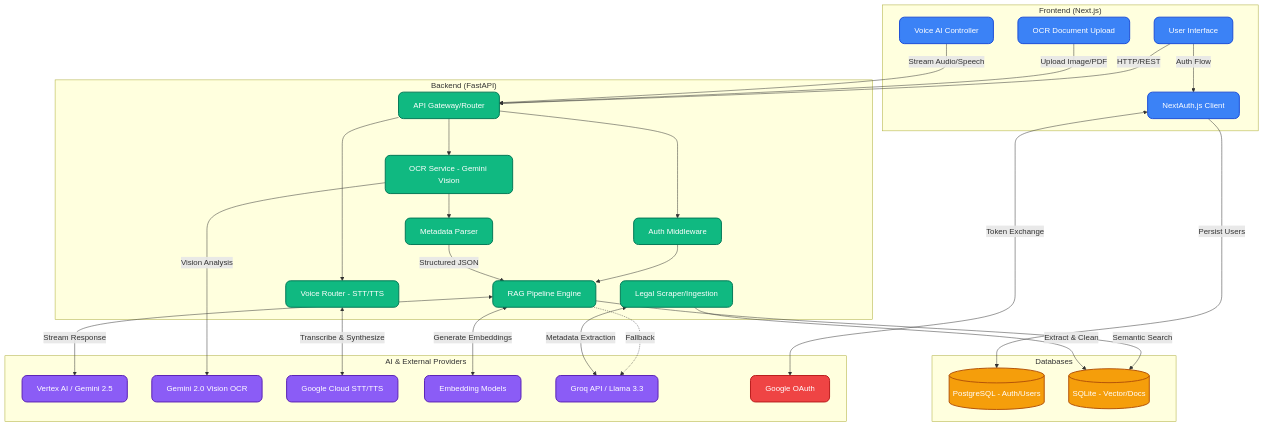
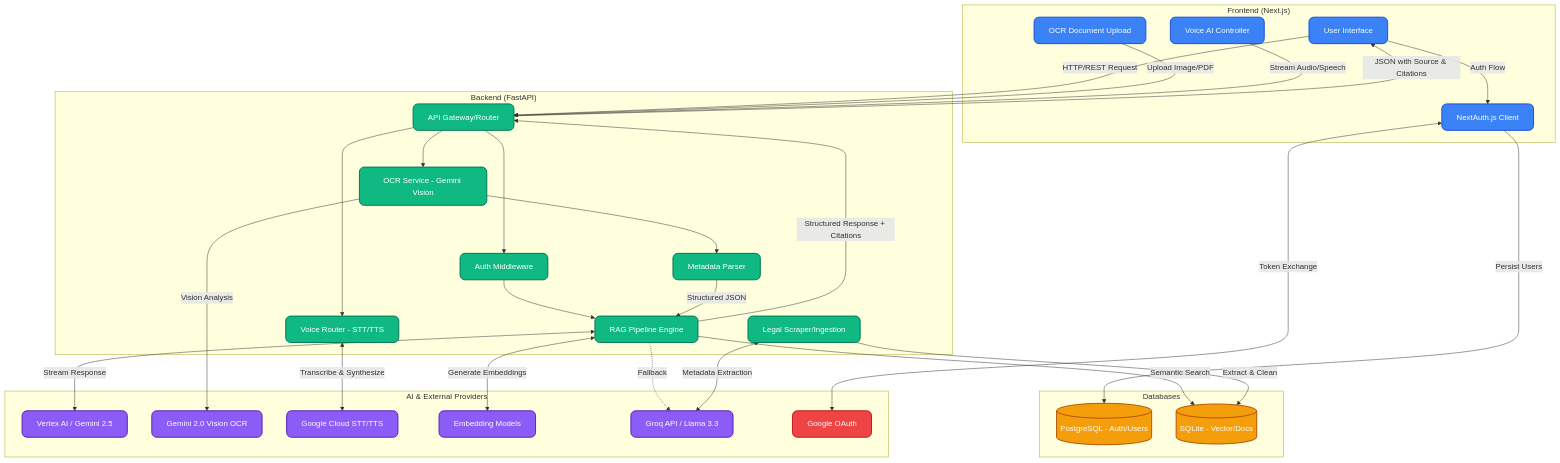
Before and after one commit to SudhanshuBiswas01/Justice-AI: the diagram in README.md, drawn with Mermaid. The commit also changed other lines of this file, not shown here.

Commit message:
docs: update README.md with source attribution, citations, and thinking budget

````diff
--- a/README.md
+++ b/README.md
@@ -72,68 +74,72 @@
 ```mermaid
 graph TD
     %% Styling definitions
     classDef frontend fill:#3b82f6,stroke:#1d4ed8,stroke-width:2px,color:#fff,rx:10,ry:10;
     classDef backend fill:#10b981,stroke:#047857,stroke-width:2px,color:#fff,rx:10,ry:10;
     classDef db fill:#f59e0b,stroke:#b45309,stroke-width:2px,color:#fff,rx:10,ry:10;
     classDef llm fill:#8b5cf6,stroke:#5b21b6,stroke-width:2px,color:#fff,rx:10,ry:10;
     classDef external fill:#ef4444,stroke:#b91c1c,stroke-width:2px,color:#fff,rx:10,ry:10;
 
     subgraph "Frontend (Next.js)"
         UI[User Interface]:::frontend
         VoiceOrb[Voice AI Controller]:::frontend
         OCRUpload[OCR Document Upload]:::frontend
         AuthClient[NextAuth.js Client]:::frontend
     end
 
     subgraph "Backend (FastAPI)"
         API[API Gateway/Router]:::backend
         RAG[RAG Pipeline Engine]:::backend
         AuthAPI[Auth Middleware]:::backend
         OCRService[OCR Service - Gemini Vision]:::backend
         MetaParser[Metadata Parser]:::backend
         VoiceRouter[Voice Router - STT/TTS]:::backend
         Scraper[Legal Scraper/Ingestion]:::backend
     end
 
     subgraph "Databases"
         PG[(PostgreSQL - Auth/Users)]:::db
         SQLite[(SQLite - Vector/Docs)]:::db
     end
 
     subgraph "AI & External Providers"
         Vertex[Vertex AI / Gemini 2.5]:::llm
         GeminiVision[Gemini 2.0 Vision OCR]:::llm
         GCPVoice[Google Cloud STT/TTS]:::llm
         Embed[Embedding Models]:::llm
         Groq[Groq API / Llama 3.3]:::llm
         OAuth[Google OAuth]:::external
     end
 
     %% Connections
-    UI -->|HTTP/REST| API
+    UI -->|HTTP/REST Request| API
     UI -->|Auth Flow| AuthClient
     AuthClient <-->|Token Exchange| OAuth
     AuthClient -->|Persist Users| PG
 
     OCRUpload -->|Upload Image/PDF| API
     VoiceOrb -->|Stream Audio/Speech| API
     
     API --> AuthAPI
     AuthAPI --> RAG
     
     API --> OCRService
     OCRService -->|Vision Analysis| GeminiVision
     OCRService --> MetaParser
     MetaParser -->|Structured JSON| RAG
     
     API --> VoiceRouter
     VoiceRouter <-->|Transcribe & Synthesize| GCPVoice
     
     RAG -->|Semantic Search| SQLite
     RAG <-->|Stream Response| Vertex
     RAG <-->|Generate Embeddings| Embed
     RAG -.->|Fallback| Groq
     
+    %% Response Return Flow
+    RAG -->|Structured Response + Citations| API
+    API -->|JSON with Source & Citations| UI
+    
     Scraper -->|Extract & Clean| SQLite
     Scraper <-->|Metadata Extraction| Groq
 ```
````
